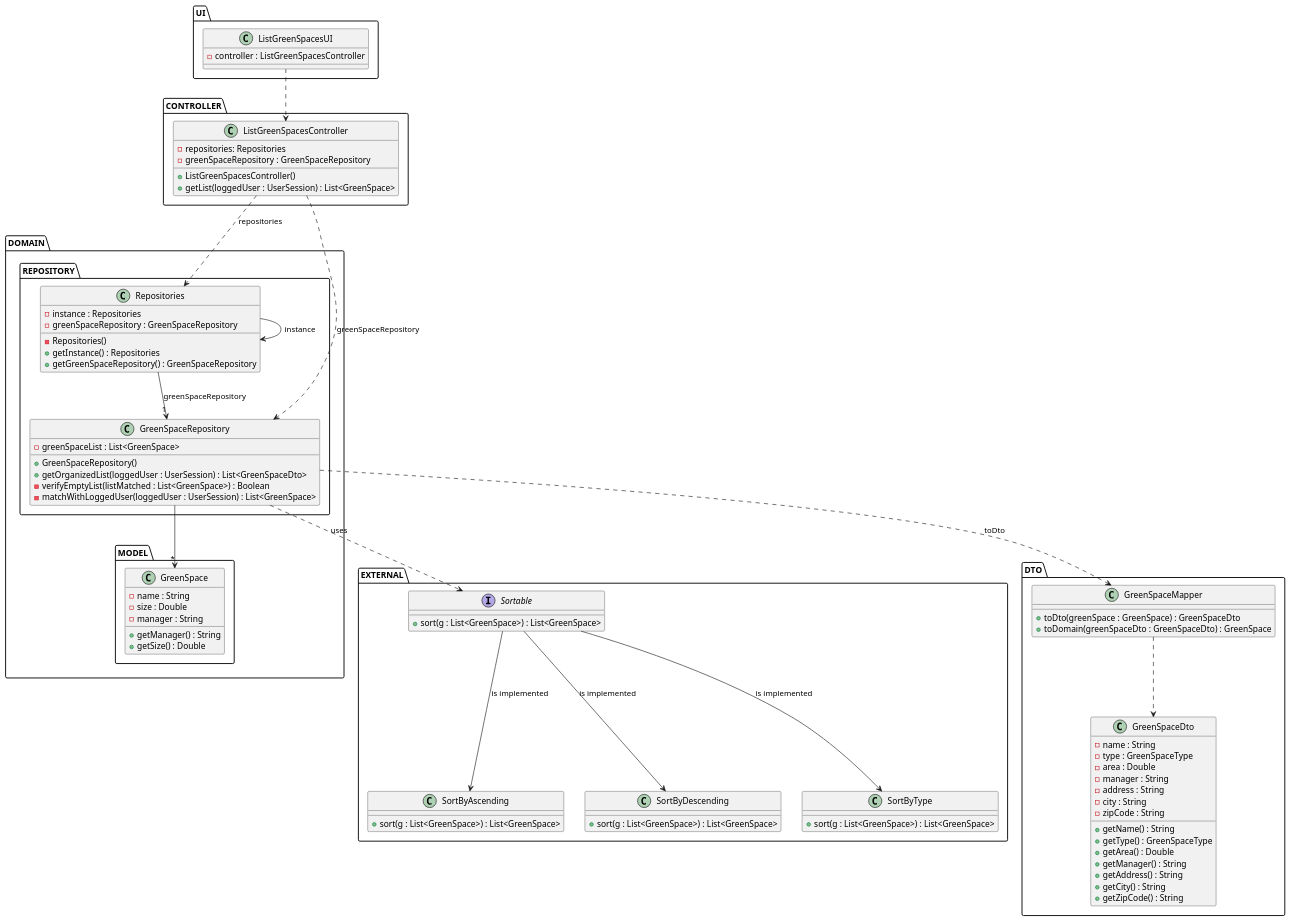
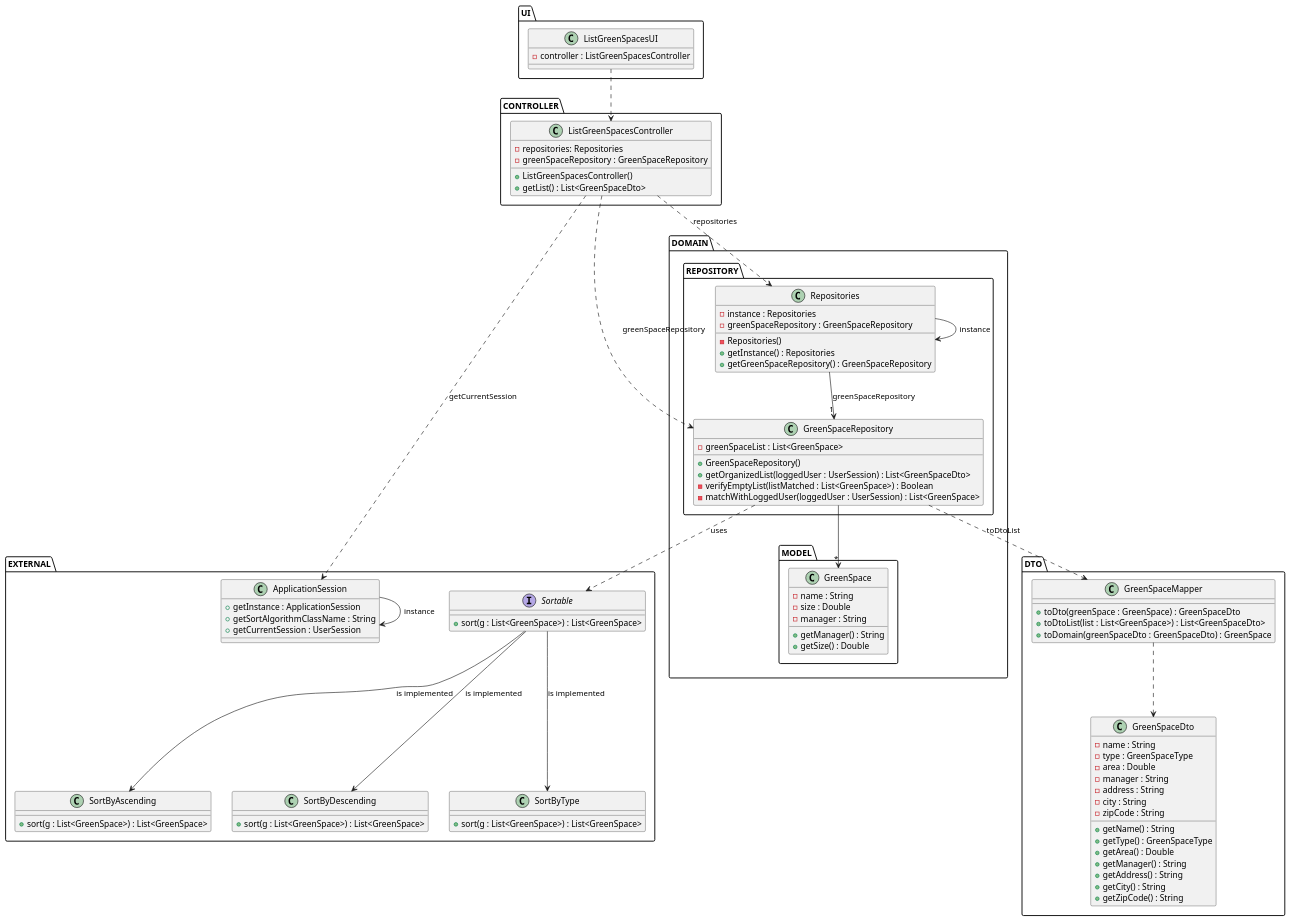
The diagram in docs/sprintC/us027/03.design/puml/us027-class-diagram.puml (ricardomm7/leaflink), drawn with PlantUML before and after one commit. The commit also changed 9 other files, not shown here.

```diff
--- a/docs/sprintC/us027/03.design/puml/us027-class-diagram.puml
+++ b/docs/sprintC/us027/03.design/puml/us027-class-diagram.puml
@@ -1,101 +1,111 @@
 @startuml
 skinparam shadowing false
 skinparam line type polyline
 
 'left to right direction
 package UI{
     class ListGreenSpacesUI {
         - controller : ListGreenSpacesController
             }
 }
 package CONTROLLER {
     class ListGreenSpacesController {
         - repositories: Repositories
         - greenSpaceRepository : GreenSpaceRepository
 
         + ListGreenSpacesController()
-        +getList(loggedUser : UserSession) : List<GreenSpace>
+        +getList() : List<GreenSpaceDto>
     }
 }
 package DOMAIN{
 package REPOSITORY{
     class Repositories {
         - instance : Repositories
         - greenSpaceRepository : GreenSpaceRepository
         - Repositories()
         + getInstance() : Repositories
         + getGreenSpaceRepository() : GreenSpaceRepository
     }
 
     class GreenSpaceRepository {
         - greenSpaceList : List<GreenSpace>
         + GreenSpaceRepository()
         + getOrganizedList(loggedUser : UserSession) : List<GreenSpaceDto>
         - verifyEmptyList(listMatched : List<GreenSpace>) : Boolean
         - matchWithLoggedUser(loggedUser : UserSession) : List<GreenSpace>
     }
     }
 package MODEL{
     class GreenSpace {
         - name : String
         - size : Double
         - manager : String
         + getManager() : String
         + getSize() : Double
     }
     }
     }
     package EXTERNAL{
+    class ApplicationSession{
+            +getInstance : ApplicationSession
+            +getSortAlgorithmClassName : String
+            +getCurrentSession : UserSession
+    }
+
     interface Sortable{
     +sort(g : List<GreenSpace>) : List<GreenSpace>
     }
     class SortByAscending{
     +sort(g : List<GreenSpace>) : List<GreenSpace>
     }
     class SortByDescending{
         +sort(g : List<GreenSpace>) : List<GreenSpace>
     }
     class SortByType{
         +sort(g : List<GreenSpace>) : List<GreenSpace>
     }
 }
 package DTO{
            class GreenSpaceDto{
                 - name : String
                 - type : GreenSpaceType
                 - area : Double
                 - manager : String
                 - address : String
                 - city : String
                 - zipCode : String
                 + getName() : String
                 + getType() : GreenSpaceType
                 + getArea() : Double
                 + getManager() : String
                 + getAddress() : String
                 + getCity() : String
                 + getZipCode() : String
             }
 
             class GreenSpaceMapper{
                 +toDto(greenSpace : GreenSpace) : GreenSpaceDto
+                +toDtoList(list : List<GreenSpace>) : List<GreenSpaceDto>
                 +toDomain(greenSpaceDto : GreenSpaceDto) : GreenSpace
             }
         }
 
 
 ListGreenSpacesUI ..> ListGreenSpacesController
 ListGreenSpacesController ..> Repositories: repositories
 Repositories --> Repositories: instance
 ListGreenSpacesController ..> GreenSpaceRepository: greenSpaceRepository
 Repositories --> "1"GreenSpaceRepository: greenSpaceRepository
 GreenSpaceRepository -->"*" GreenSpace
-GreenSpaceRepository ..> GreenSpaceMapper : toDto
+GreenSpaceRepository ..> GreenSpaceMapper : toDtoList
 GreenSpaceMapper ..> GreenSpaceDto
 GreenSpaceRepository ..> Sortable : uses
 Sortable --> SortByAscending : is implemented
 Sortable --> SortByDescending : is implemented
 Sortable --> SortByType : is implemented
+ApplicationSession --> ApplicationSession: instance
+
+ListGreenSpacesController ..> ApplicationSession : getCurrentSession
 
 
 @enduml
```
